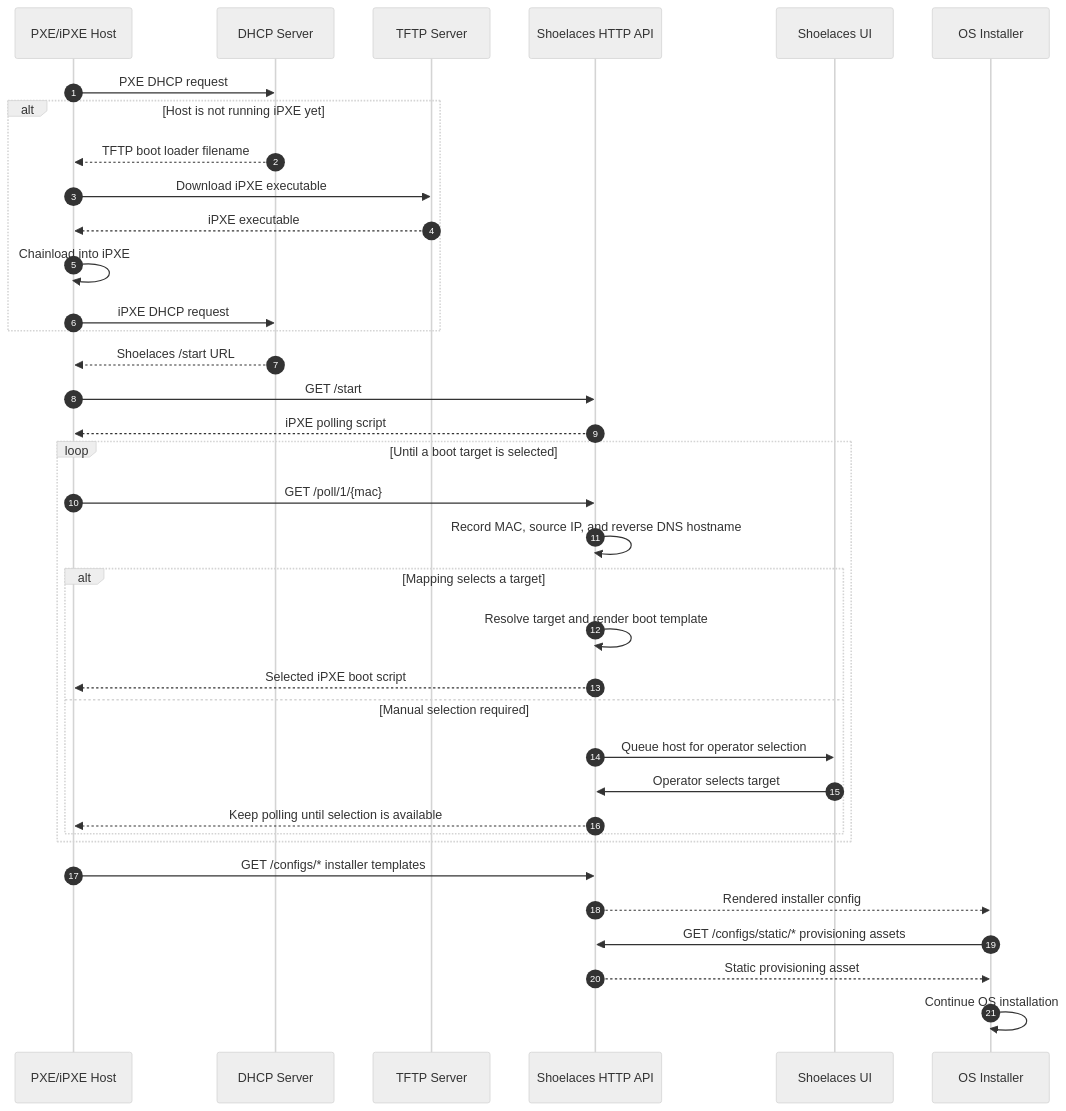
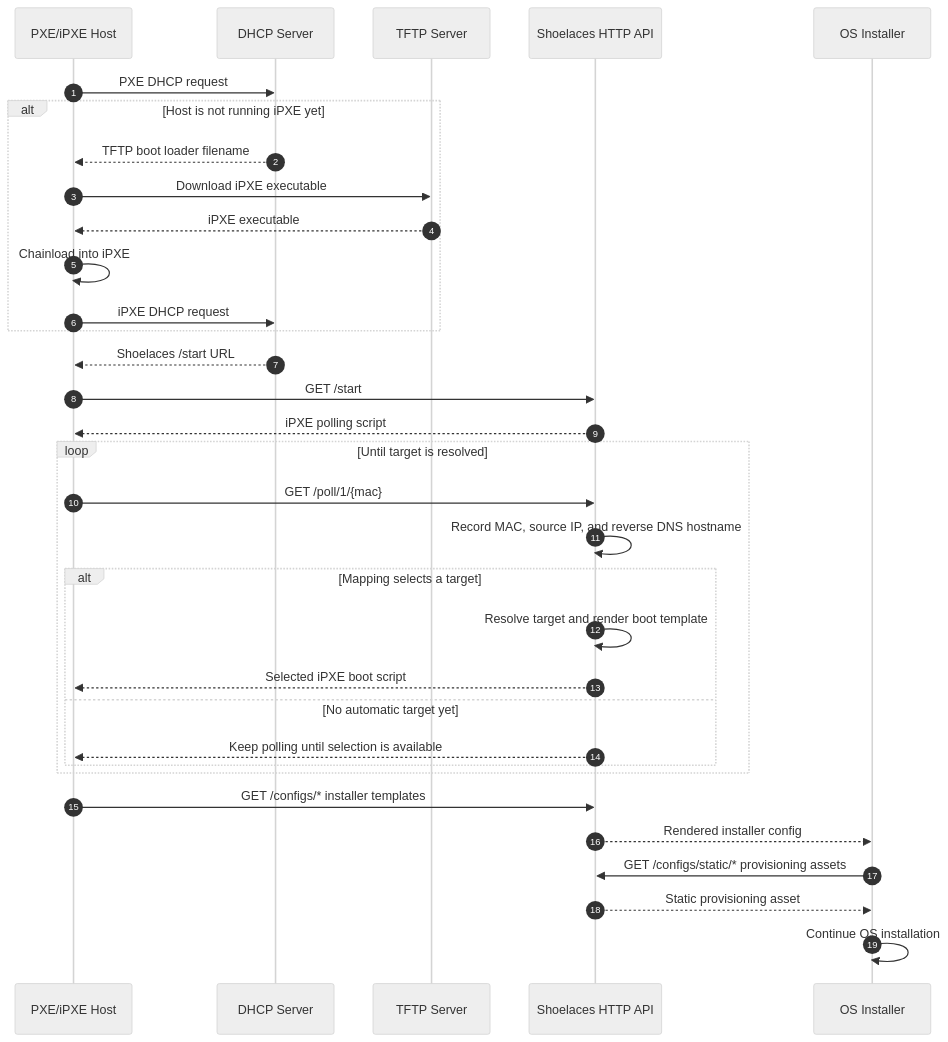
The first of 2 diagrams in docs/network-boot.md (inngest/shoelaces), drawn with Mermaid (neutral theme) before and after one commit. The commit also changed other lines of this file, not shown here.

Commit message:
docs: split network boot sequence diagrams

````diff
--- a/docs/network-boot.md
+++ b/docs/network-boot.md
@@ -14,41 +15,38 @@
 ```mermaid
 sequenceDiagram
     autonumber
     participant Host as PXE/iPXE Host
     participant DHCP as DHCP Server
     participant TFTP as TFTP Server
     participant Shoelaces as Shoelaces HTTP API
-    participant UI as Shoelaces UI
     participant Installer as OS Installer
 
     Host->>DHCP: PXE DHCP request
     alt Host is not running iPXE yet
         DHCP-->>Host: TFTP boot loader filename
         Host->>TFTP: Download iPXE executable
         TFTP-->>Host: iPXE executable
         Host->>Host: Chainload into iPXE
         Host->>DHCP: iPXE DHCP request
     end
     DHCP-->>Host: Shoelaces /start URL
     Host->>Shoelaces: GET /start
     Shoelaces-->>Host: iPXE polling script
 
-    loop Until a boot target is selected
+    loop Until target is resolved
         Host->>Shoelaces: GET /poll/1/{mac}
         Shoelaces->>Shoelaces: Record MAC, source IP, and reverse DNS hostname
         alt Mapping selects a target
             Shoelaces->>Shoelaces: Resolve target and render boot template
             Shoelaces-->>Host: Selected iPXE boot script
-        else Manual selection required
-            Shoelaces->>UI: Queue host for operator selection
-            UI->>Shoelaces: Operator selects target
+        else No automatic target yet
             Shoelaces-->>Host: Keep polling until selection is available
         end
     end
 
     Host->>Shoelaces: GET /configs/* installer templates
     Shoelaces-->>Installer: Rendered installer config
     Installer->>Shoelaces: GET /configs/static/* provisioning assets
     Shoelaces-->>Installer: Static provisioning asset
     Installer->>Installer: Continue OS installation
 ```
````
